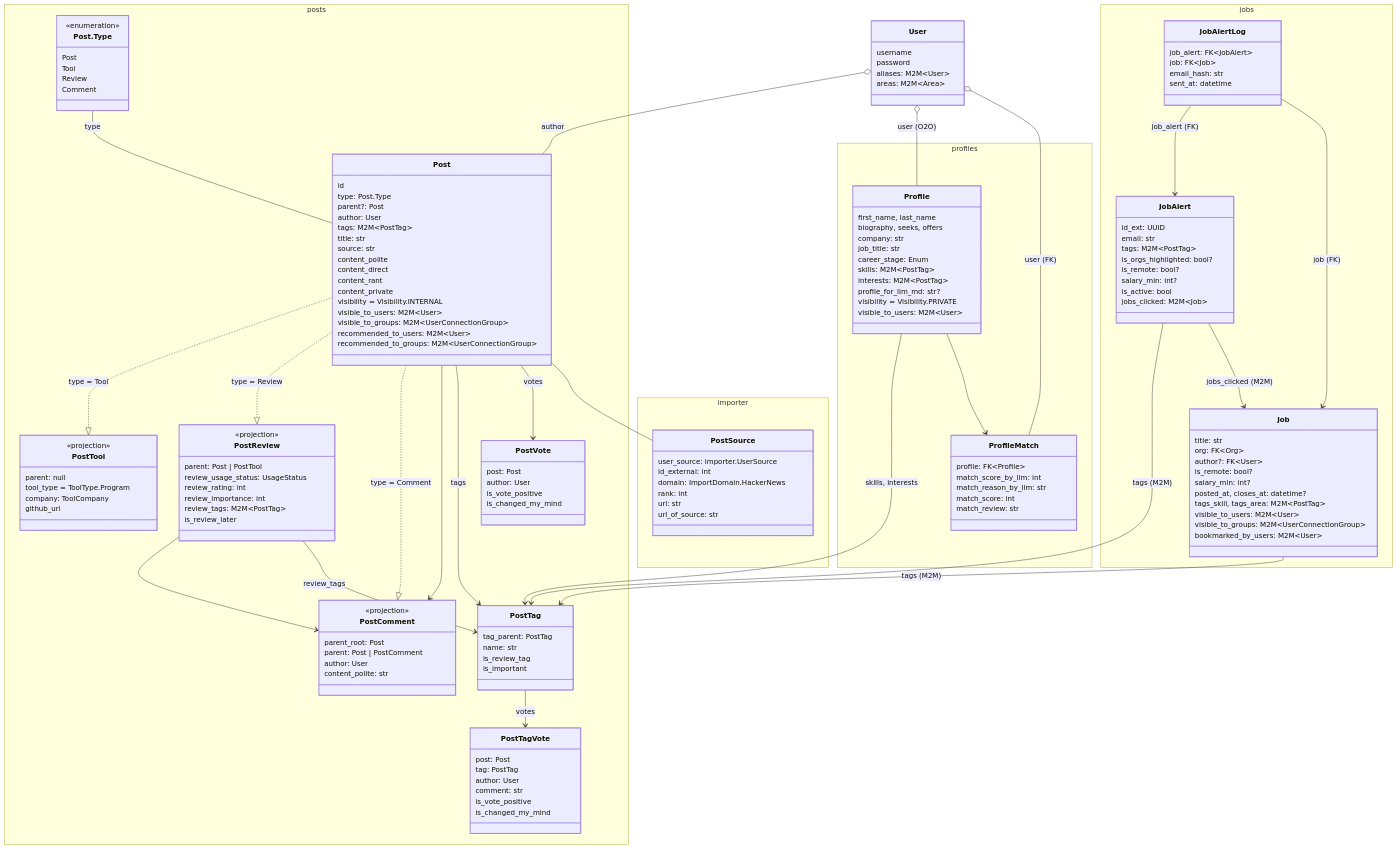
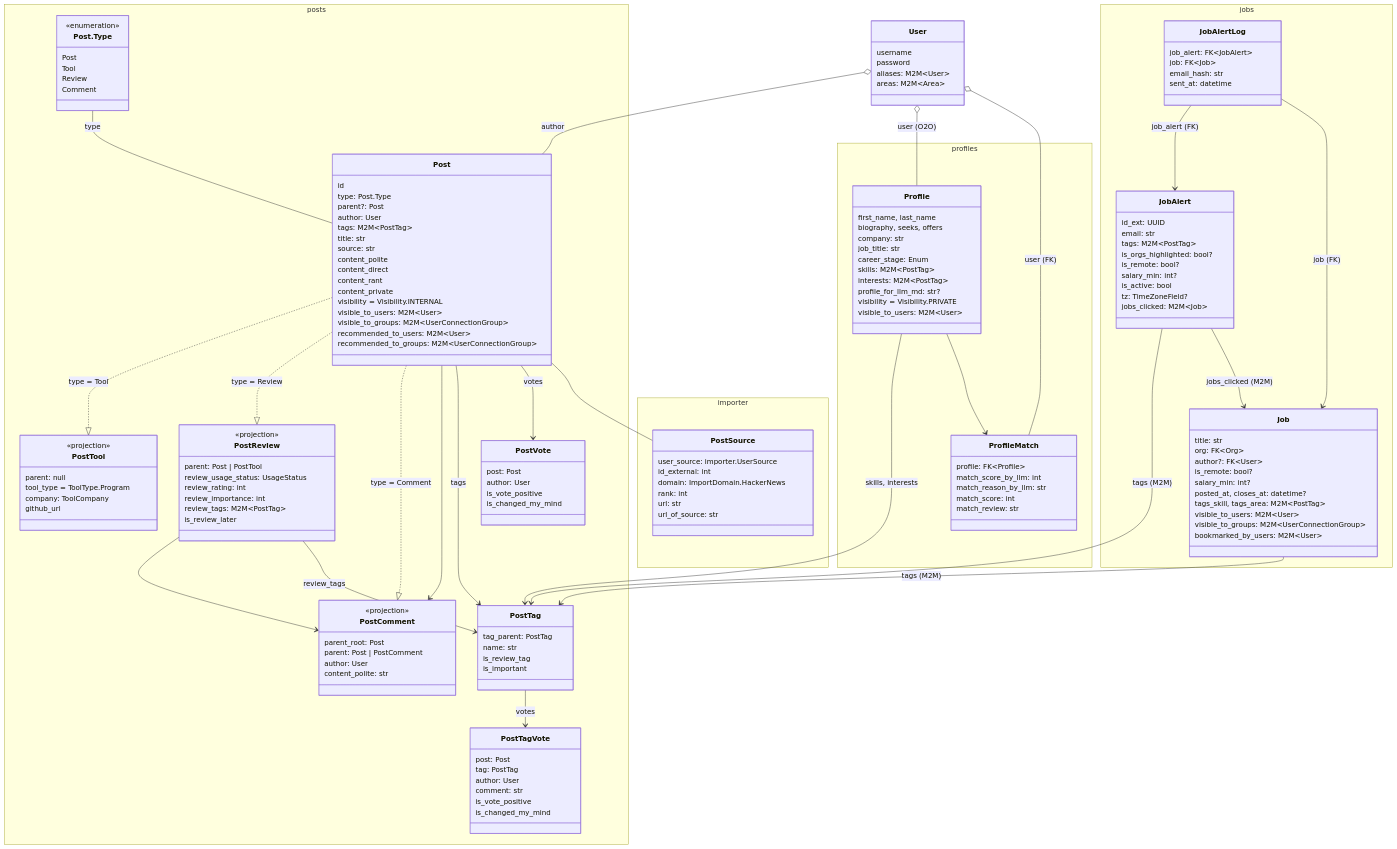
Before and after one commit to neuronhub-app/NeuronHub: the diagram in docs/architecture/README.md, drawn with Mermaid. The commit also changed 4 other files, not shown here.

```diff
--- a/docs/architecture/README.md
+++ b/docs/architecture/README.md
@@ -190,6 +190,7 @@
             is_remote: bool?
             salary_min: int?
             is_active: bool
+            tz: TimeZoneField?
             jobs_clicked: M2M~Job~
         }
 
```
